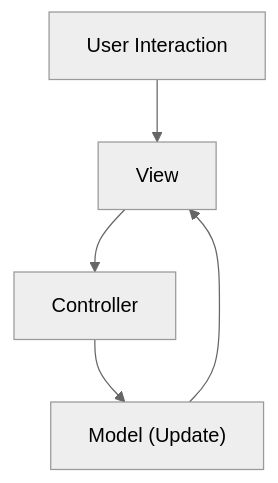
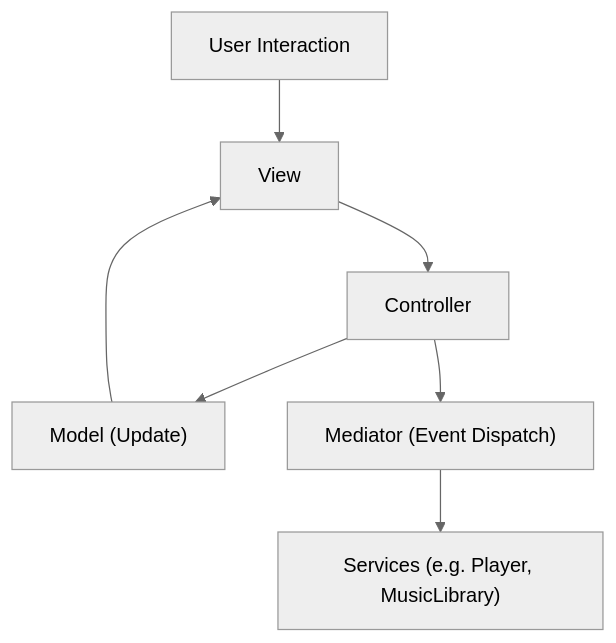
The diagram in docs/architecture.md (AlexPlec/Audio-256), drawn with Mermaid (neutral theme) before and after one commit. The commit also changed other lines of this file and 1 other file, not shown here.

First line of the commit message:
Revise architecture and components docs for clarity

````diff
--- a/docs/architecture.md
+++ b/docs/architecture.md
@@ -47,7 +49,9 @@
 ```mermaid
 graph TD
   A["User Interaction"] --> B["View"]
   B --> C["Controller"]
   C --> D["Model (Update)"]
+  C --> E["Mediator (Event Dispatch)"]
+  E --> F["Services (e.g. Player, MusicLibrary)"]
   D --> B
 ```
````
